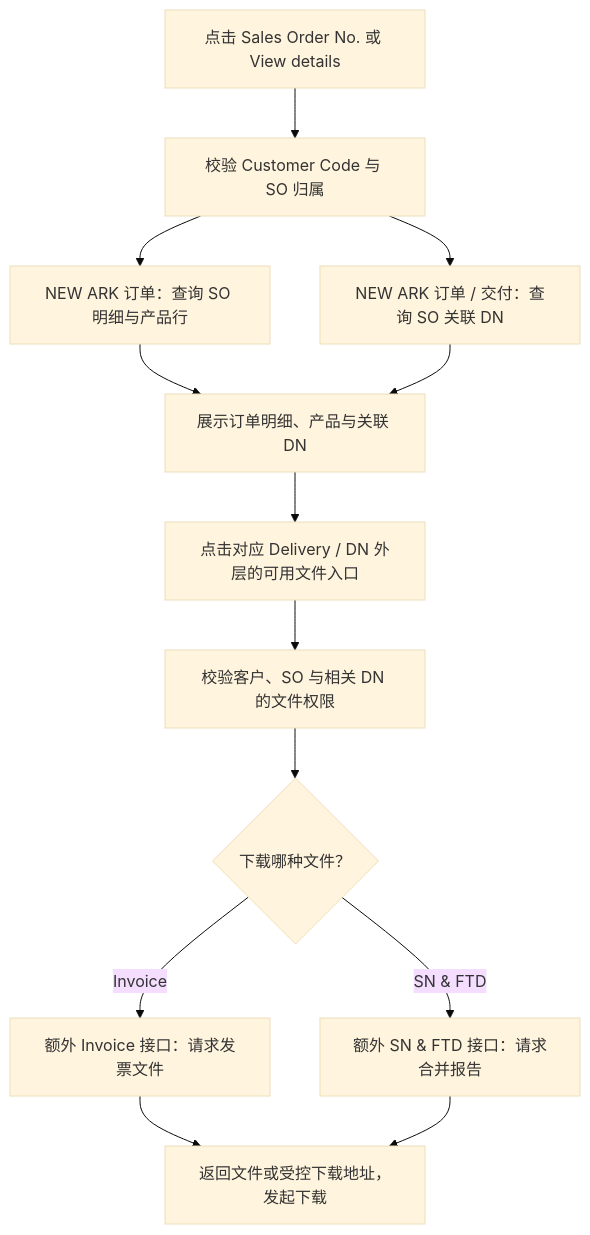
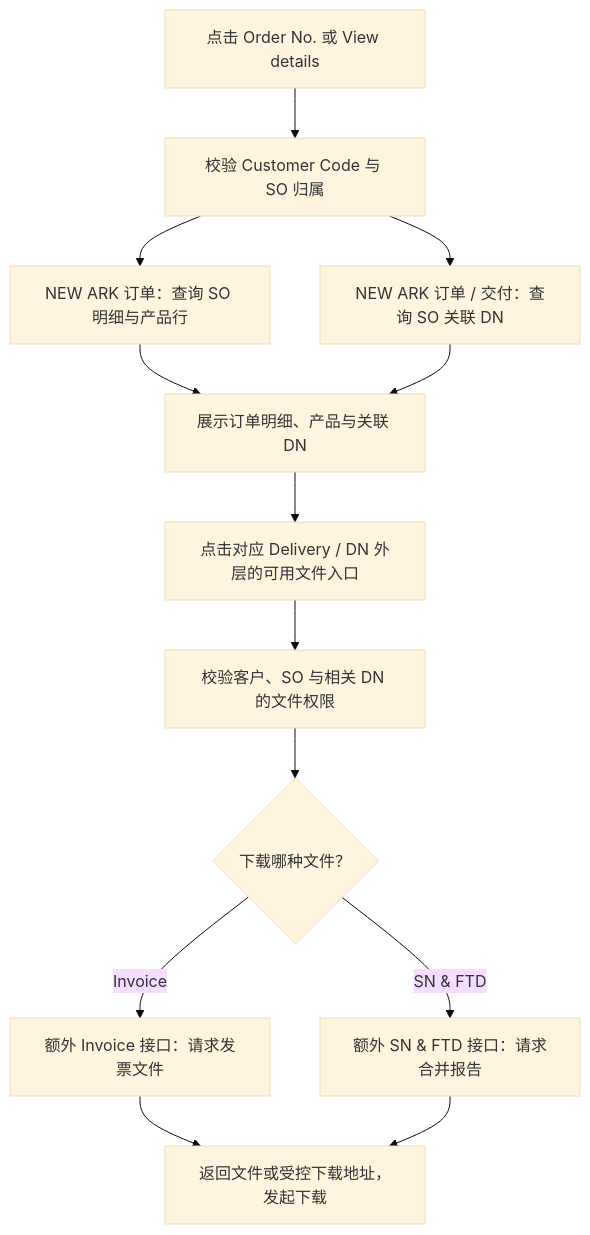
The second of 2 diagrams in docs/SunPower_My_Orders_PRD.md (Nickiisme/product-list), drawn with Mermaid (base theme) before and after one commit. The commit also changed other lines of this file and 3 other files, not shown here.

````diff
--- a/docs/SunPower_My_Orders_PRD.md
+++ b/docs/SunPower_My_Orders_PRD.md
@@ -168,15 +168,15 @@
 ```mermaid
 flowchart TD
-    selectOrder["点击 Sales Order No. 或 View details"] --> ownership["校验 Customer Code 与 SO 归属"]
+    selectOrder["点击 Order No. 或 View details"] --> ownership["校验 Customer Code 与 SO 归属"]
     ownership --> orderDetail["NEW ARK 订单：查询 SO 明细与产品行"]
     ownership --> dnQuery["NEW ARK 订单 / 交付：查询 SO 关联 DN"]
     orderDetail --> detailView["展示订单明细、产品与关联 DN"]
     dnQuery --> detailView
     detailView --> downloadClick["点击对应 Delivery / DN 外层的可用文件入口"]
     downloadClick --> filePermission["校验客户、SO 与相关 DN 的文件权限"]
     filePermission --> fileType{"下载哪种文件？"}
     fileType -->|"Invoice"| invoiceApi["额外 Invoice 接口：请求发票文件"]
     fileType -->|"SN & FTD"| reportApi["额外 SN & FTD 接口：请求合并报告"]
     invoiceApi --> fileResult["返回文件或受控下载地址，发起下载"]
     reportApi --> fileResult
 ```
````
